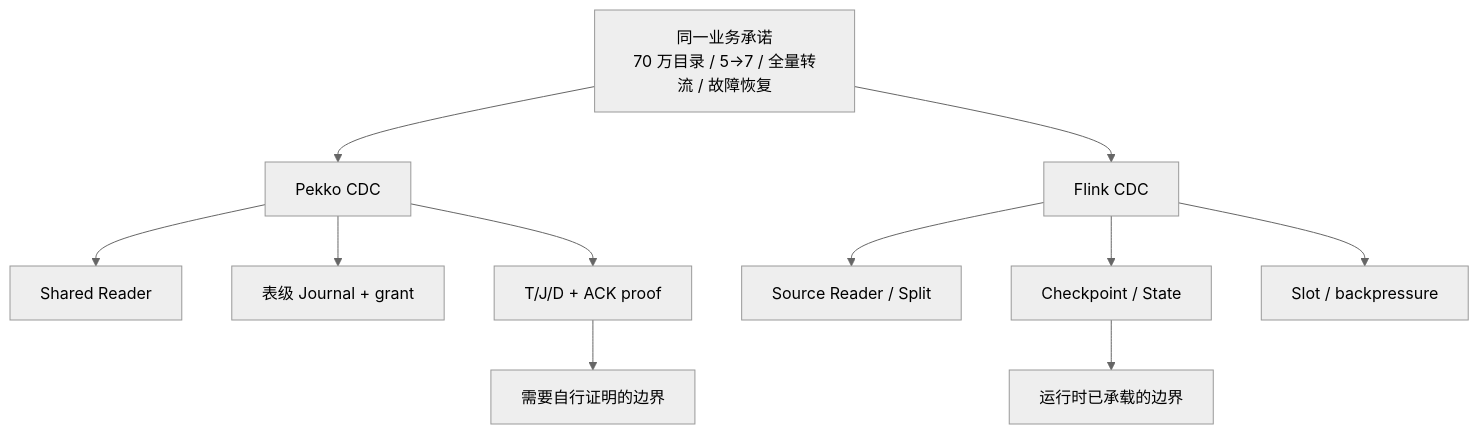
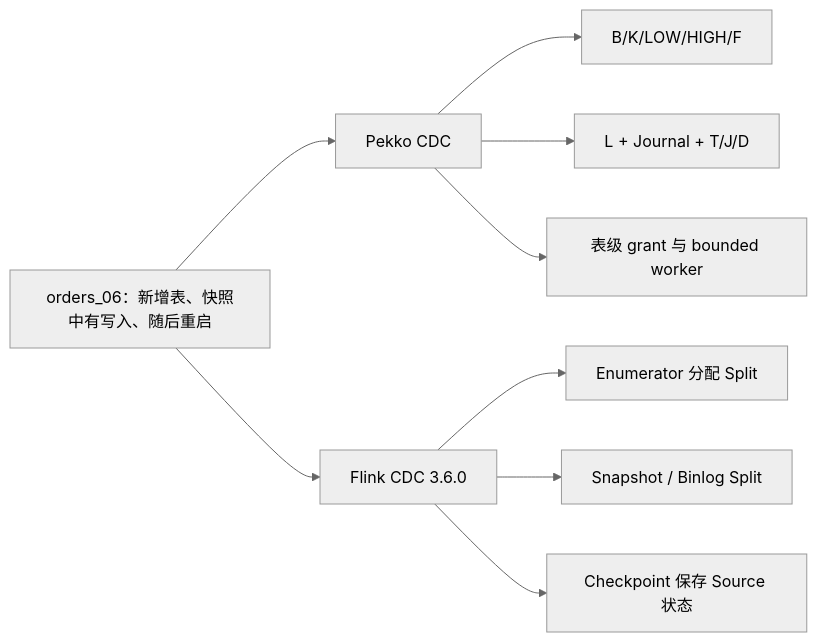
The first of 2 diagrams in _posts/pekko/2026-10-18-pekko-cdc-5-flink-comparison.md (Xuxiaotuan/Xuxiaotuan.github.io), drawn with Mermaid (neutral theme) before and after one commit. The commit also changed other lines of this file and 2 other files, not shown here.

Commit message:
docs: rewrite Pekko CDC recovery and comparison articles

````diff
--- a/_posts/pekko/2026-10-18-pekko-cdc-5-flink-comparison.md
+++ b/_posts/pekko/2026-10-18-pekko-cdc-5-flink-comparison.md
@@ -48,13 +39,11 @@
 ```mermaid
-flowchart TB
-    Case["同一业务承诺<br/>70 万目录 / 5→7 / 全量转流 / 故障恢复"] --> P["Pekko CDC"]
-    Case --> F["Flink CDC"]
-    P --> P1["Shared Reader"]
-    P --> P2["表级 Journal + grant"]
-    P --> P3["T/J/D + ACK proof"]
-    F --> F1["Source Reader / Split"]
-    F --> F2["Checkpoint / State"]
-    F --> F3["Slot / backpressure"]
-    P3 --> Q["需要自行证明的边界"]
-    F2 --> Q2["运行时已承载的边界"]
+flowchart LR
+    Case["orders_06：新增表、快照中有写入、随后重启"] --> P["Pekko CDC"]
+    Case --> F["Flink CDC 3.6.0"]
+    P --> P1["B/K/LOW/HIGH/F"]
+    P --> P2["L + Journal + T/J/D"]
+    P --> P3["表级 grant 与 bounded worker"]
+    F --> F1["Enumerator 分配 Split"]
+    F --> F2["Snapshot / Binlog Split"]
+    F --> F3["Checkpoint 保存 Source 状态"]
 ```
````
